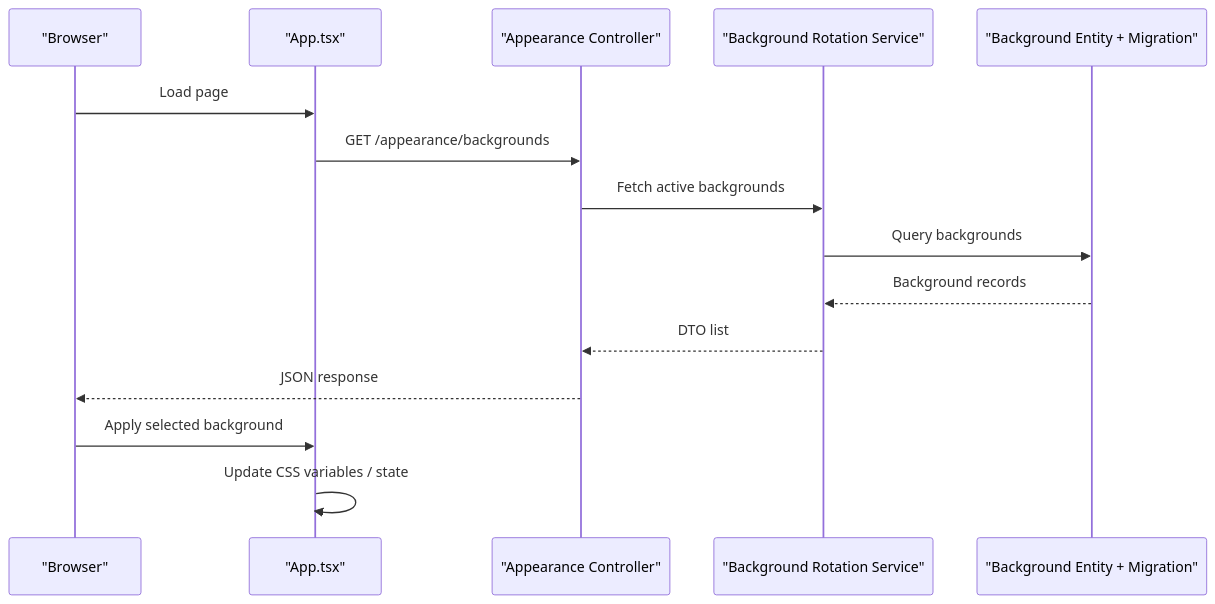
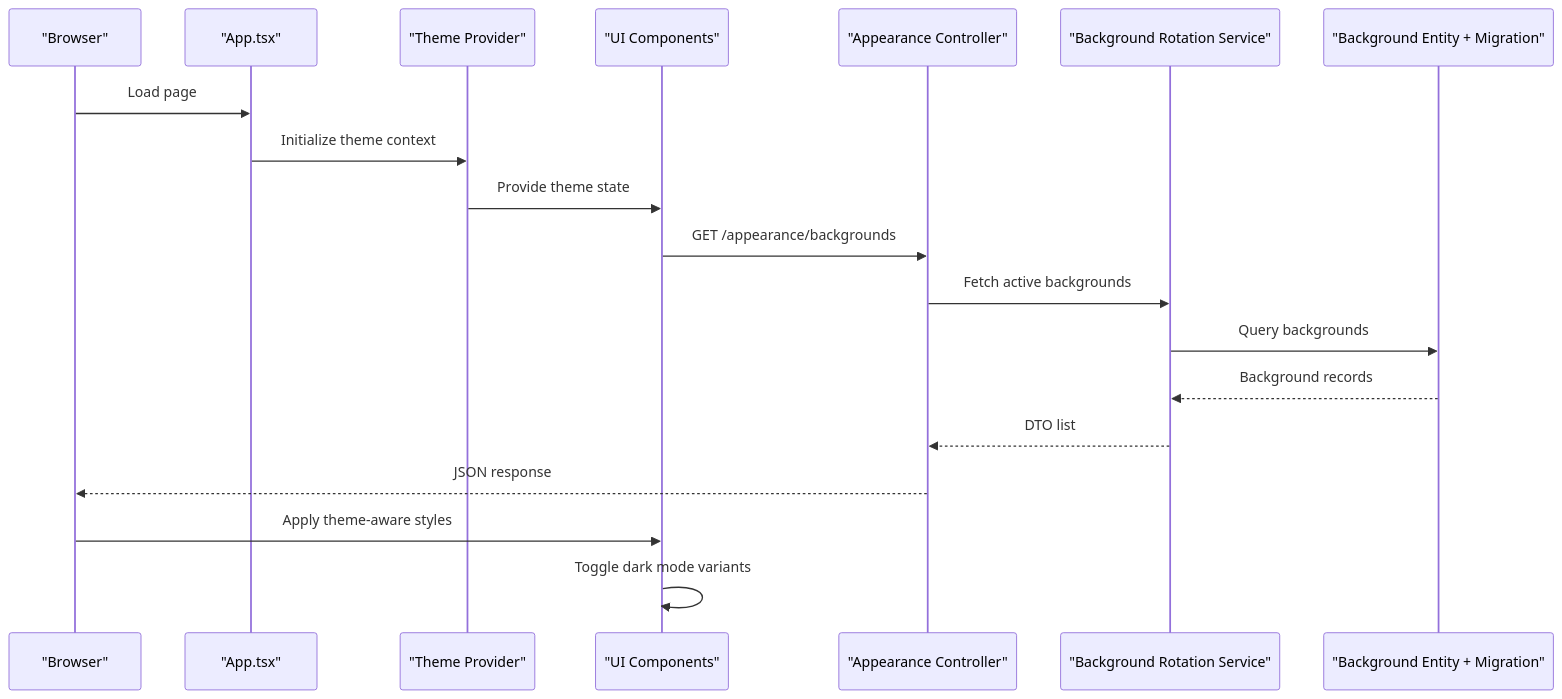
Before and after one commit to franckylab/eLISAschool: the second of 4 diagrams in .qoder/repowiki/en/content/System Architecture/Frontend Architecture/Styling & Theming.md, drawn with Mermaid. The commit also changed other lines of this file and 79 other files, not shown here.

````diff
--- a/.qoder/repowiki/en/content/System Architecture/Frontend Architecture/Styling & Theming.md
+++ b/.qoder/repowiki/en/content/System Architecture/Frontend Architecture/Styling & Theming.md
@@ -113,17 +128,21 @@
 ```mermaid
 sequenceDiagram
 participant Client as "Browser"
 participant App as "App.tsx"
+participant Theme as "Theme Provider"
+participant Components as "UI Components"
 participant API as "Appearance Controller"
 participant Svc as "Background Rotation Service"
 participant DB as "Background Entity + Migration"
 Client->>App : Load page
-App->>API : GET /appearance/backgrounds
+App->>Theme : Initialize theme context
+Theme->>Components : Provide theme state
+Components->>API : GET /appearance/backgrounds
 API->>Svc : Fetch active backgrounds
 Svc->>DB : Query backgrounds
 DB-->>Svc : Background records
 Svc-->>API : DTO list
 API-->>Client : JSON response
-Client->>App : Apply selected background
-App->>App : Update CSS variables / state
+Client->>Components : Apply theme-aware styles
+Components->>Components : Toggle dark mode variants
 ```
````
